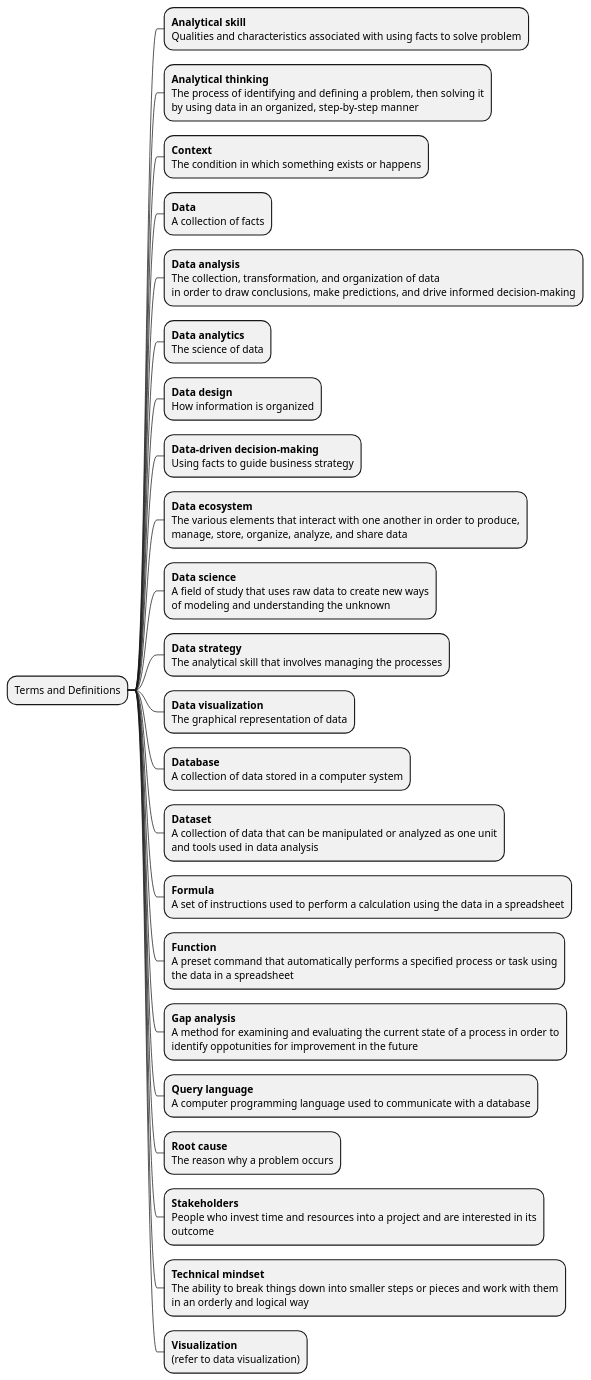
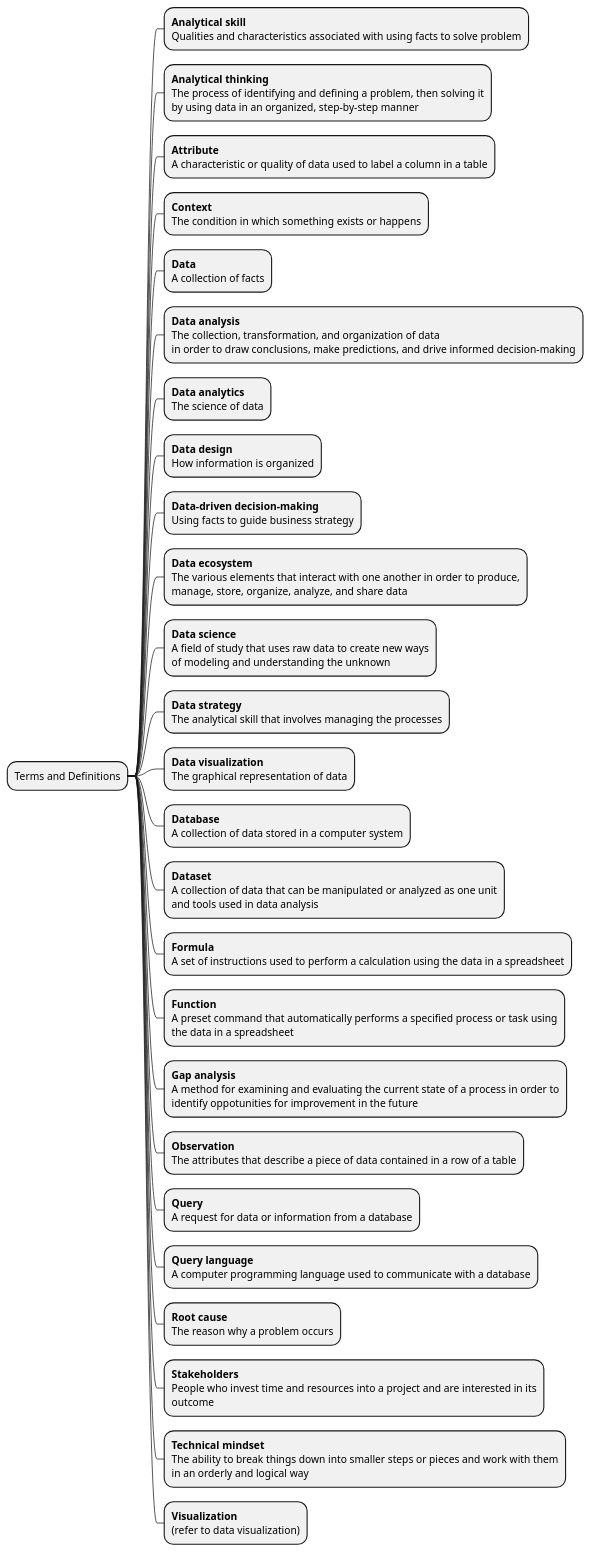
Before and after one commit to sylocftu/github-drive: the diagram in Week3_4_1_Terms and Definitions.pu, drawn with PlantUML.

Commit message:
save note

```diff
--- a/Week3_4_1_Terms and Definitions.pu
+++ b/Week3_4_1_Terms and Definitions.pu
@@ -1,56 +1,62 @@
 @startmindmap
 * Terms and Definitions
 **:**Analytical skill**
 Qualities and characteristics associated with using facts to solve problem;
 **:**Analytical thinking**
 The process of identifying and defining a problem, then solving it
 by using data in an organized, step-by-step manner;
+**:**Attribute**
+A characteristic or quality of data used to label a column in a table;
 **:**Context**
 The condition in which something exists or happens;
 **:**Data**
 A collection of facts;
 **:**Data analysis**
 The collection, transformation, and organization of data 
 in order to draw conclusions, make predictions, and drive informed decision-making;
 **:**Data analytics**
 The science of data;
 **:**Data design**
 How information is organized;
 **:**Data-driven decision-making**
 Using facts to guide business strategy;
 **:**Data ecosystem**
 The various elements that interact with one another in order to produce,
 manage, store, organize, analyze, and share data;
 **:**Data science**
 A field of study that uses raw data to create new ways
 of modeling and understanding the unknown;
 **:**Data strategy**
 The analytical skill that involves managing the processes;
 **:**Data visualization**
 The graphical representation of data;
 **:**Database**
 A collection of data stored in a computer system;
 **:**Dataset**
 A collection of data that can be manipulated or analyzed as one unit
 and tools used in data analysis;
 **:**Formula**
 A set of instructions used to perform a calculation using the data in a spreadsheet;
 **:**Function**
 A preset command that automatically performs a specified process or task using
 the data in a spreadsheet;
 **:**Gap analysis**
 A method for examining and evaluating the current state of a process in order to
 identify oppotunities for improvement in the future;
+**:**Observation**
+The attributes that describe a piece of data contained in a row of a table;
+**:**Query**
+A request for data or information from a database;
 **:**Query language**
 A computer programming language used to communicate with a database;
 **:**Root cause**
 The reason why a problem occurs;
 **:**Stakeholders**
 People who invest time and resources into a project and are interested in its
 outcome;
 **:**Technical mindset**
 The ability to break things down into smaller steps or pieces and work with them
 in an orderly and logical way;
 **:**Visualization**
 (refer to data visualization);
 @endmindmap 
```
